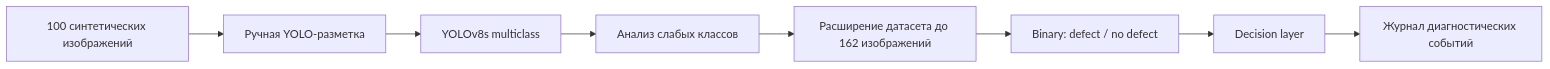
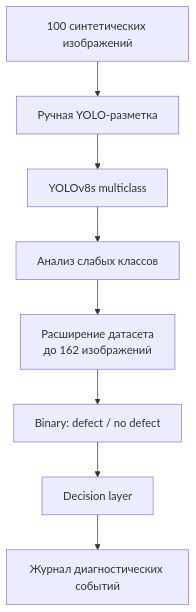
Before and after one commit to IcyProfessor/wire-rope-defect-detection: the first of 2 diagrams in README.md, drawn with Mermaid. The commit also changed other lines of this file, not shown here.

Commit message:
Update README.md
Новые схемы

````diff
--- a/README.md
+++ b/README.md
@@ -21,10 +21,13 @@
 ```mermaid
-flowchart LR
-    A["100 синтетических изображений"] --> B["Ручная YOLO-разметка"]
-    B --> C["YOLOv8s multiclass"]
-    C --> D["Анализ слабых классов"]
-    D --> E["Расширение датасета до 162 изображений"]
-    E --> F["Binary: defect / no defect"]
-    F --> G["Decision layer"]
-    G --> H["Журнал диагностических событий"]
+flowchart TD
+    A["100 синтетических изображений"]
+    B["Ручная YOLO-разметка"]
+    C["YOLOv8s multiclass"]
+    D["Анализ слабых классов"]
+    E["Расширение датасета<br/>до 162 изображений"]
+    F["Binary: defect / no defect"]
+    G["Decision layer"]
+    H["Журнал диагностических событий"]
+
+    A --> B --> C --> D --> E --> F --> G --> H
 ```
````
